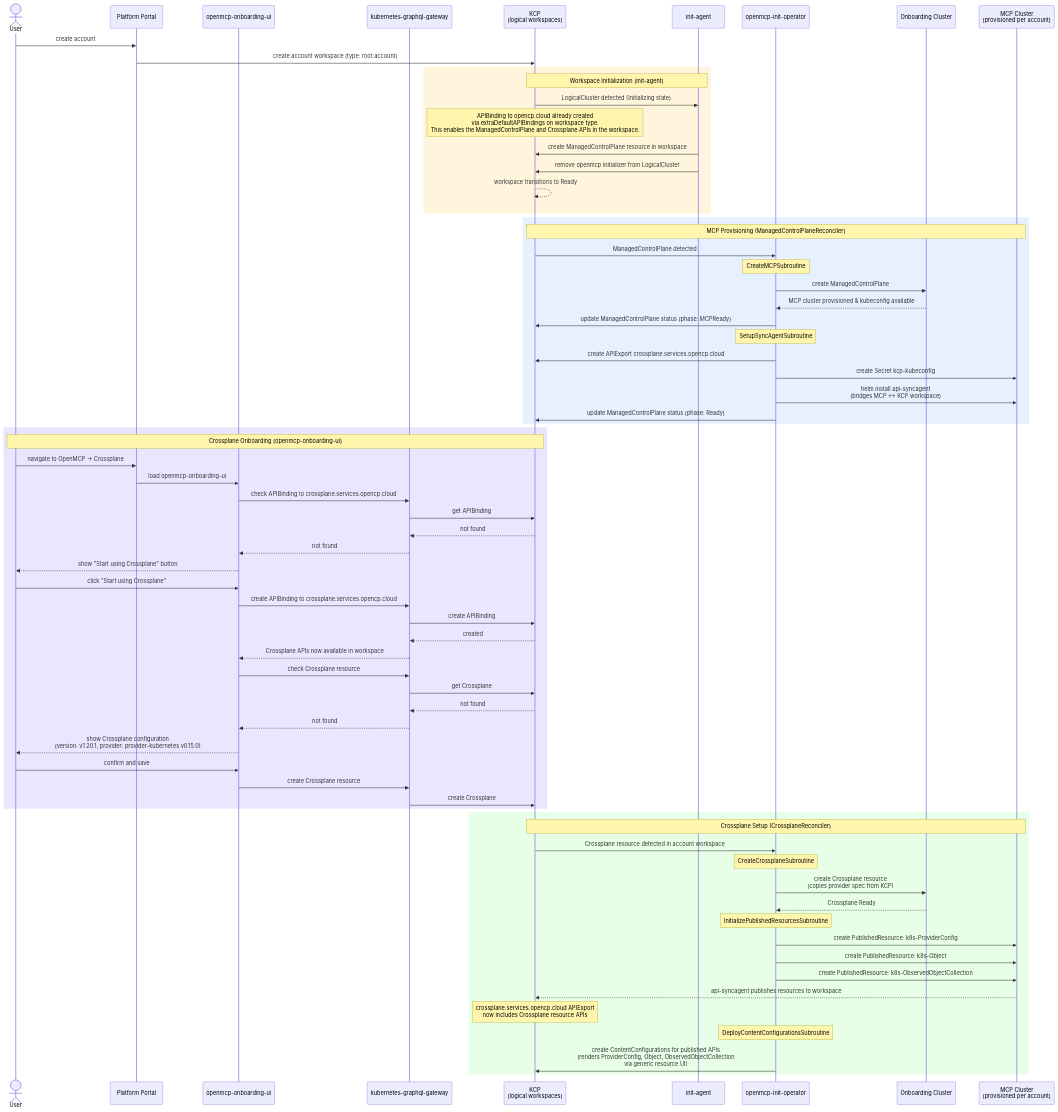
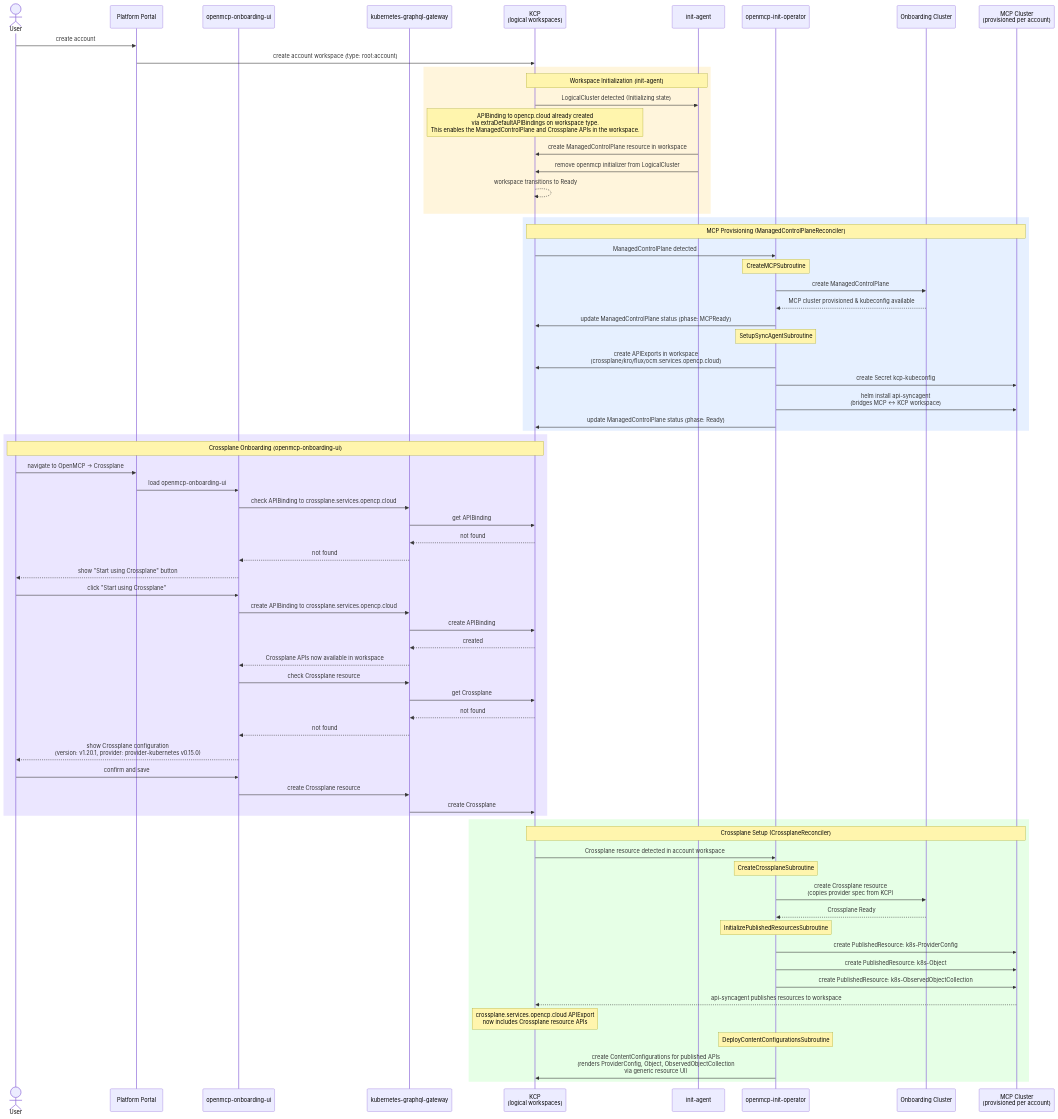
One commit to openmcp-project/local-event-showcase changed the second of 4 diagrams in README.md. Above: the diagram before and after it, drawn with Mermaid.

Commit message:
fix: list all four workspace APIExports in MCP provisioning diagram
On-behalf-of: @SAP <bastian.echterhoelter@sap.com>

```diff
--- a/README.md
+++ b/README.md
@@ -203,7 +203,7 @@
         Operator->>KCP: update ManagedControlPlane status (phase: MCPReady)
 
         Note over Operator: SetupSyncAgentSubroutine
-        Operator->>KCP: create APIExport crossplane.services.opencp.cloud
+        Operator->>KCP: create APIExports in workspace<br/>(crossplane/kro/flux/ocm.services.opencp.cloud)
         Operator->>MCP: create Secret kcp-kubeconfig
         Operator->>MCP: helm install api-syncagent<br/>(bridges MCP ↔ KCP workspace)
         Operator->>KCP: update ManagedControlPlane status (phase: Ready)
```
